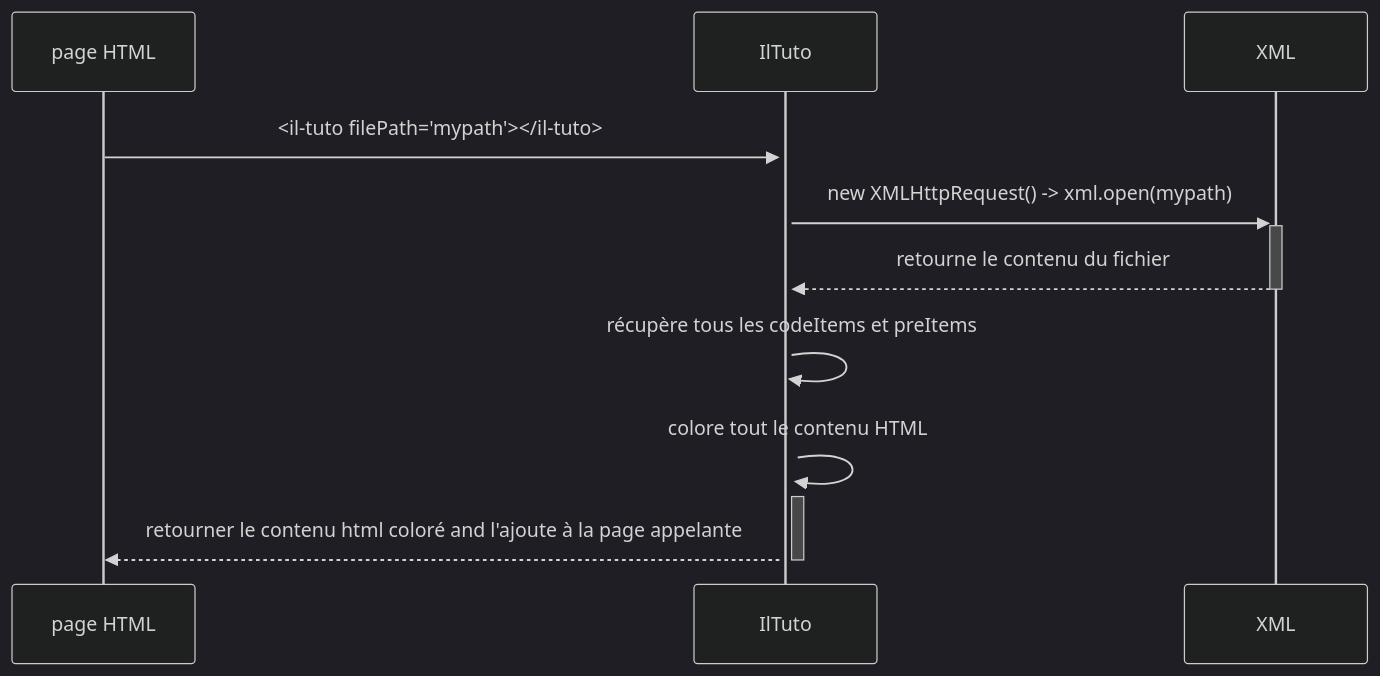
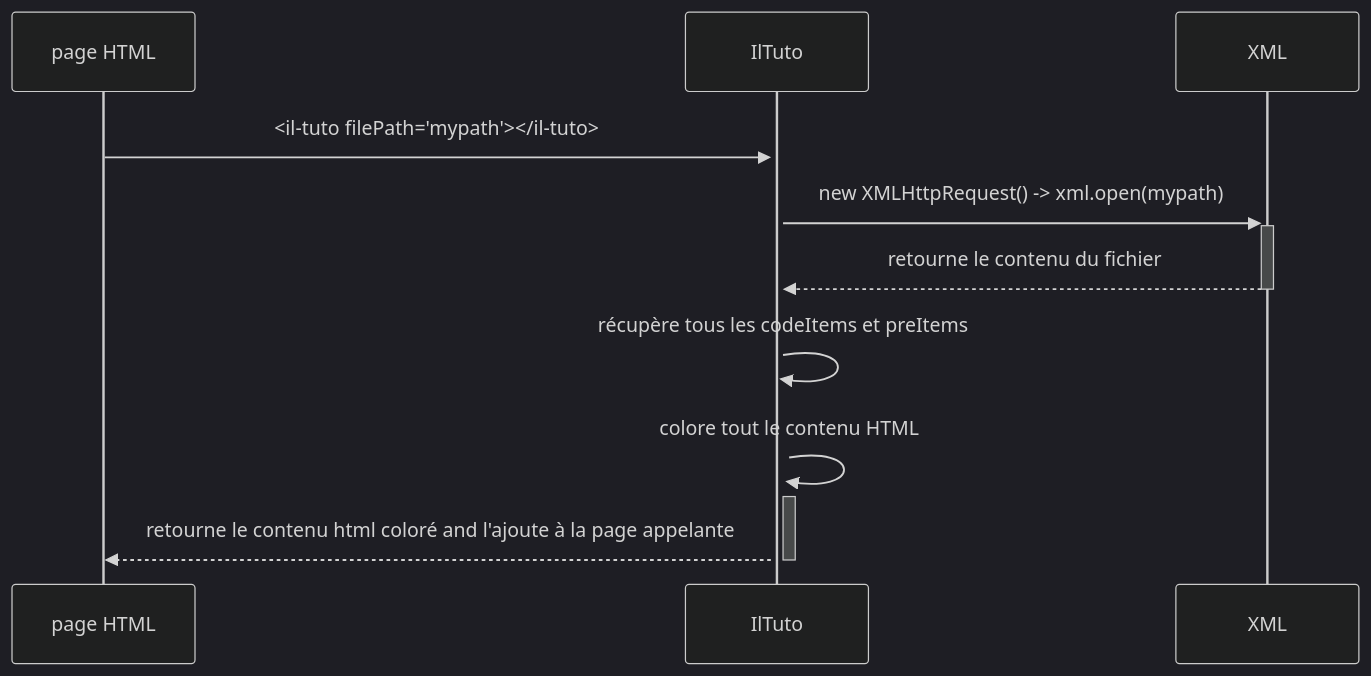
The diagram in README.md (liamls/ilog-p1), drawn with Mermaid (dark theme) before and after one commit.

````diff
--- a/README.md
+++ b/README.md
@@ -34,10 +34,10 @@
 ```mermaid
 sequenceDiagram
     page HTML->>+IlTuto: <il-tuto filePath="mypath"></il-tuto>
     IlTuto->>+XML: new XMLHttpRequest() -> xml.open(mypath);
     XML-->>-IlTuto: retourne le contenu du fichier
     IlTuto->>+IlTuto: récupère tous les codeItems et preItems
     IlTuto->>+IlTuto: colore tout le contenu HTML
-    IlTuto-->>-page HTML: retourner le contenu html coloré and l'ajoute à la page appelante
+    IlTuto-->>-page HTML: retourne le contenu html coloré and l'ajoute à la page appelante
 
 ```
````
